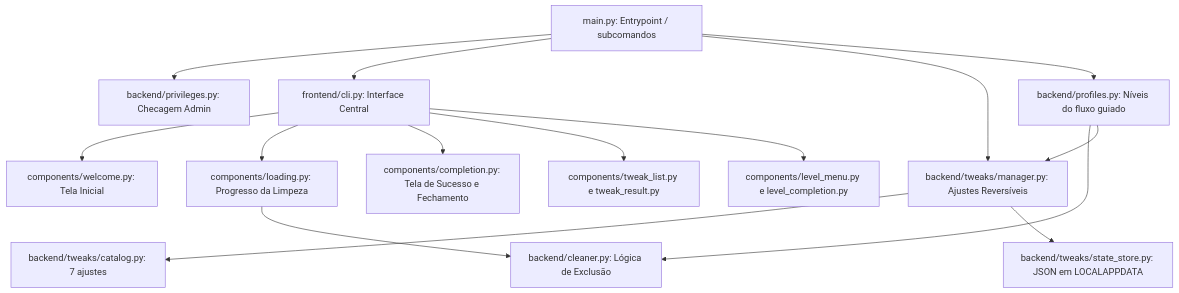
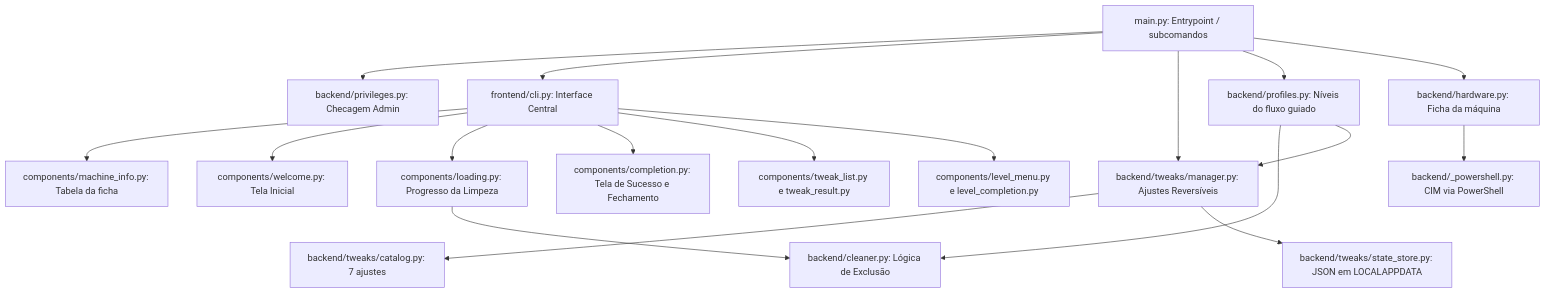
The first of 5 diagrams in docs/funcionamento.md (Grolla05/System_Boost), drawn with Mermaid before and after one commit. The commit also changed other lines of this file and 33 other files, not shown here.

````diff
--- a/docs/funcionamento.md
+++ b/docs/funcionamento.md
@@ -11,17 +11,20 @@
 ```mermaid
 graph TD
     A[main.py: Entrypoint / subcomandos] --> B[backend/privileges.py: Checagem Admin]
     A --> C[frontend/cli.py: Interface Central]
     A --> H[backend/tweaks/manager.py: Ajustes Reversíveis]
     A --> L[backend/profiles.py: Níveis do fluxo guiado]
+    A --> N[backend/hardware.py: Ficha da máquina]
+    N --> O[backend/_powershell.py: CIM via PowerShell]
+    C --> P[components/machine_info.py: Tabela da ficha]
     C --> D[components/welcome.py: Tela Inicial]
     C --> E[components/loading.py: Progresso da Limpeza]
     C --> F[components/completion.py: Tela de Sucesso e Fechamento]
     C --> I[components/tweak_list.py e tweak_result.py]
     C --> M[components/level_menu.py e level_completion.py]
     E --> G[backend/cleaner.py: Lógica de Exclusão]
     H --> J[backend/tweaks/catalog.py: 7 ajustes]
     H --> K[backend/tweaks/state_store.py: JSON em LOCALAPPDATA]
     L --> G
     L --> H
 ```
````
